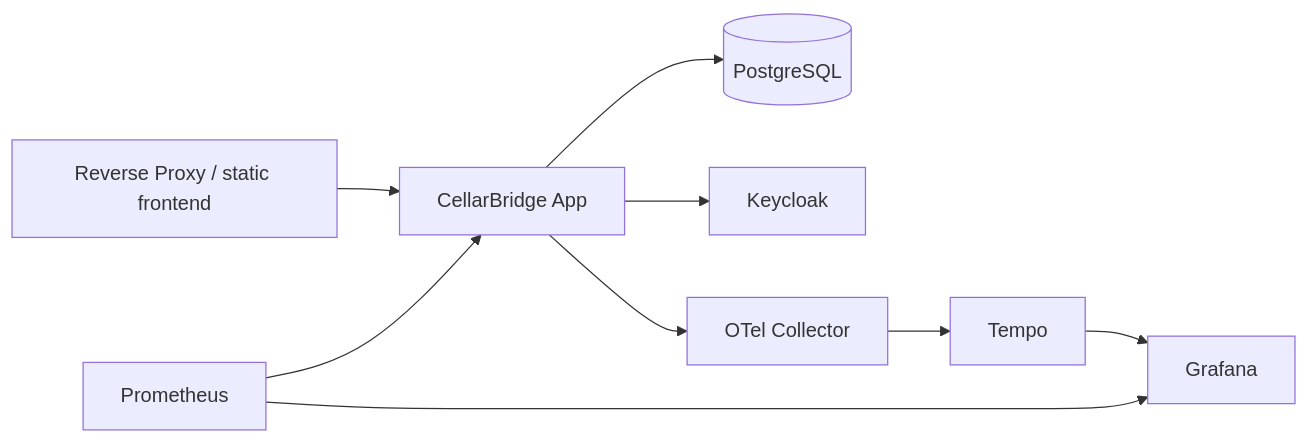
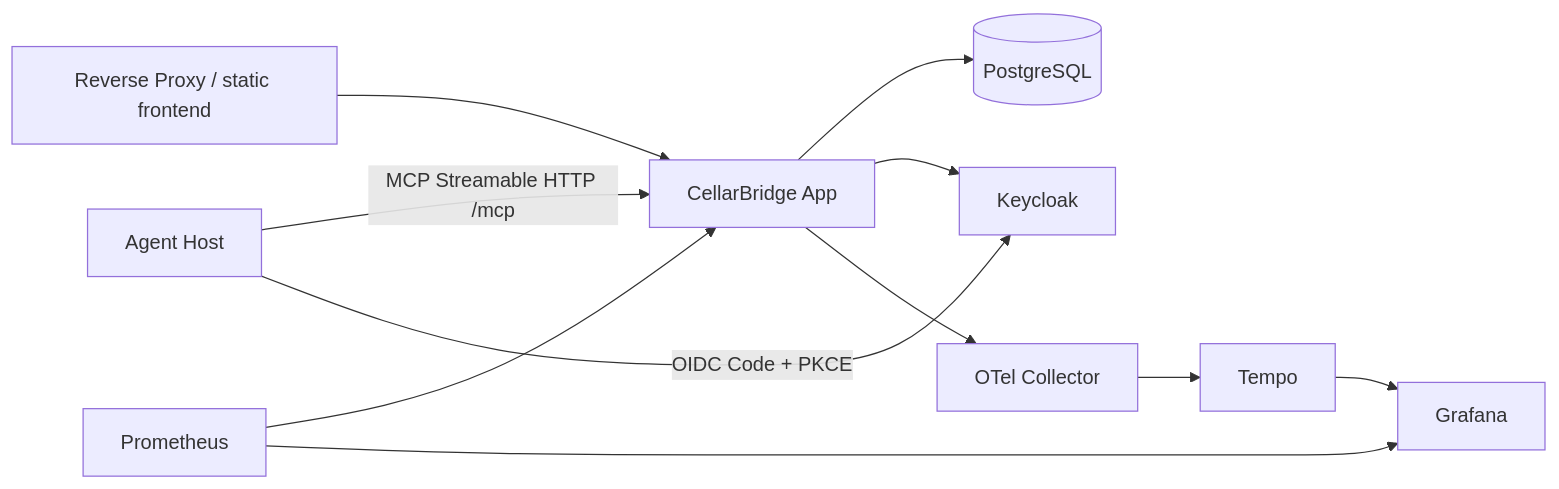
One commit to RomanticHW/cellarbridge-platform changed the second of 2 diagrams in docs/03-architecture/10-deployment-topology.md. Above: the diagram before and after it, drawn with Mermaid. The commit also changed other lines of this file and 23 other files, not shown here.

Commit message:
docs(mcp): publish agent capabilities and operating evidence

````diff
--- a/docs/03-architecture/10-deployment-topology.md
+++ b/docs/03-architecture/10-deployment-topology.md
@@ -24,20 +27,23 @@
 ```mermaid
 flowchart LR
     Proxy[Reverse Proxy / static frontend]
+    AgentHost[Agent Host]
     App1[CellarBridge App]
     PG[(PostgreSQL)]
     KC[Keycloak]
     OTEL[OTel Collector]
     Prom[Prometheus]
     Graf[Grafana]
     Tempo[Tempo]
 
     Proxy --> App1
+    AgentHost -->|MCP Streamable HTTP /mcp| App1
+    AgentHost -->|OIDC Code + PKCE| KC
     App1 --> PG
     App1 --> KC
     App1 --> OTEL
     OTEL --> Tempo
     Prom --> App1
     Prom --> Graf
     Tempo --> Graf
 ```
````
